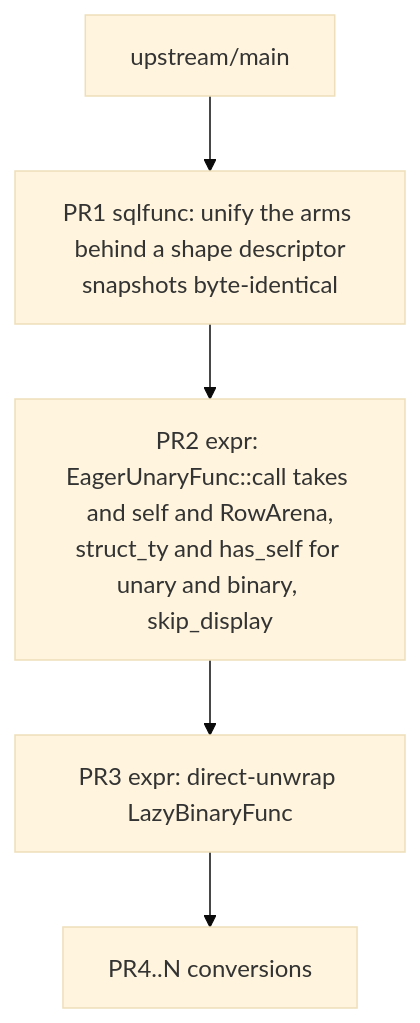
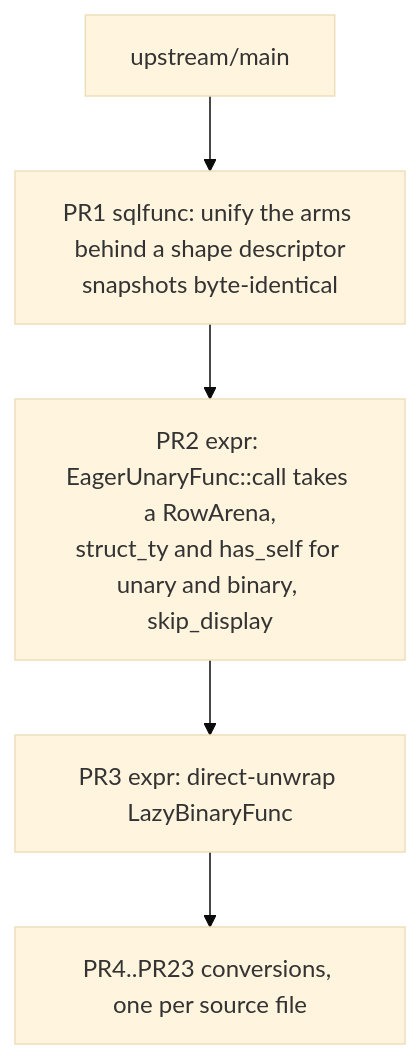
One commit to MaterializeInc/materialize changed the diagram in doc/developer/design/20260917_sqlfunc_canonicalization.md. Above: the diagram before and after it, drawn with Mermaid (base theme). The commit also changed other lines of this file, not shown here.

First line of the commit message:
doc: Settle the conversion PR cut at one per source file

````diff
--- a/doc/developer/design/20260917_sqlfunc_canonicalization.md
+++ b/doc/developer/design/20260917_sqlfunc_canonicalization.md
@@ -262,9 +262,9 @@
 ```mermaid
 graph TD
     main["upstream/main"]
     P1["PR1 sqlfunc: unify the arms behind a shape descriptor<br/>snapshots byte-identical"]
-    P2["PR2 expr: EagerUnaryFunc::call takes and self and RowArena,<br/>struct_ty and has_self for unary and binary, skip_display"]
+    P2["PR2 expr: EagerUnaryFunc::call takes a RowArena,<br/>struct_ty and has_self for unary and binary, skip_display"]
     P3["PR3 expr: direct-unwrap LazyBinaryFunc"]
-    P4["PR4..N conversions"]
+    P4["PR4..PR23 conversions, one per source file"]
     main --> P1 --> P2 --> P3 --> P4
 ```
````
